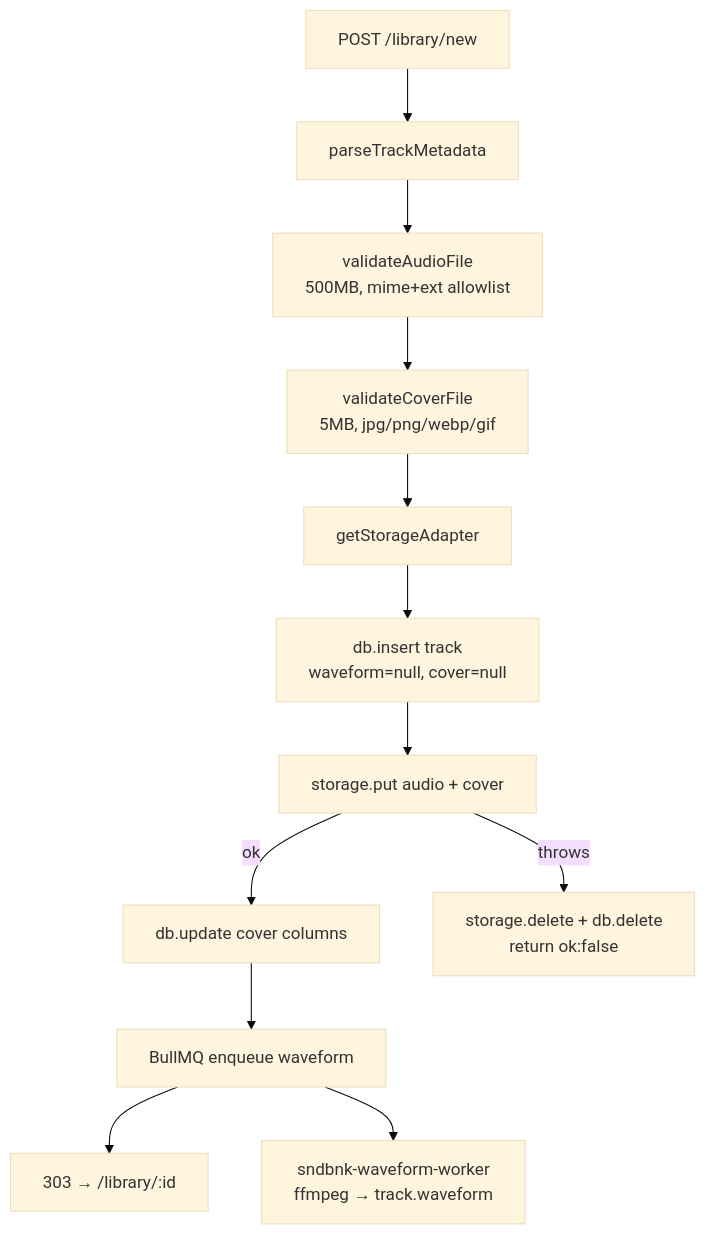
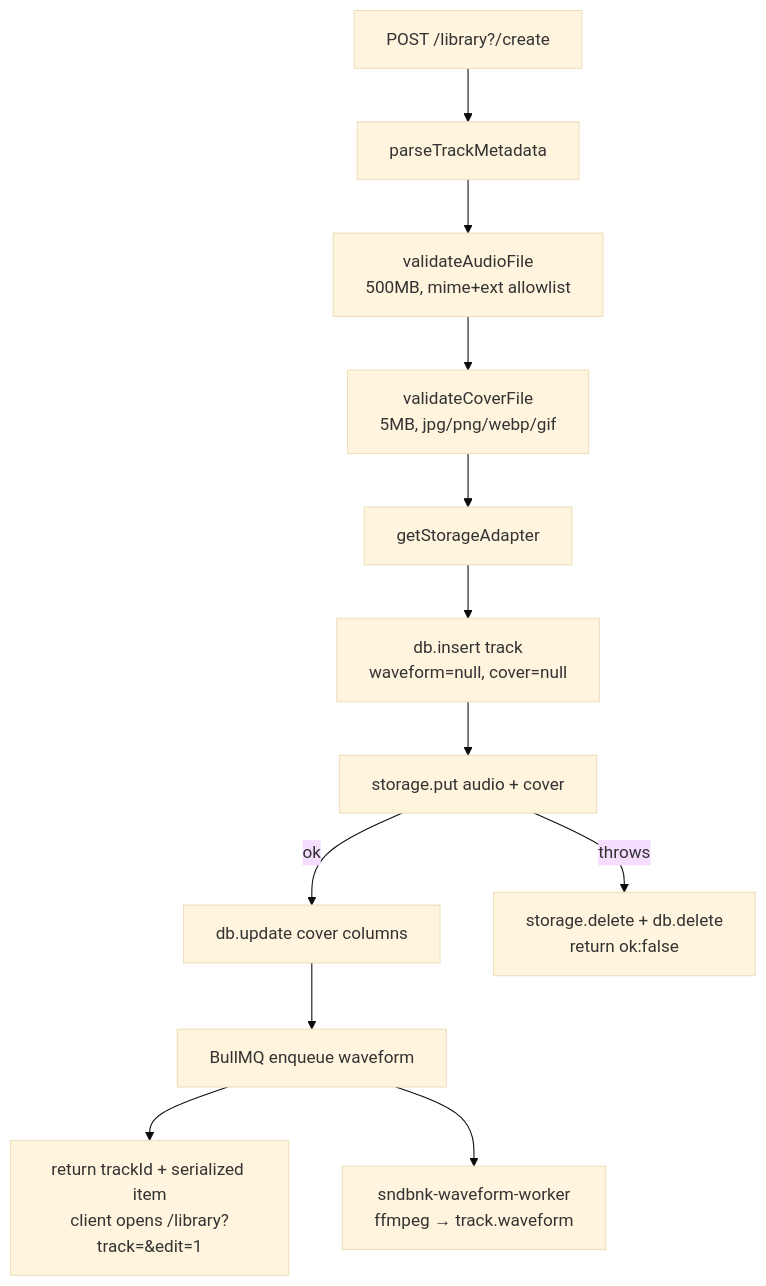
One commit to spreadsheetsusa/sndbnk changed the diagram in docs/media-and-storage.md. Above: the diagram before and after it, drawn with Mermaid (base theme). The commit also changed other lines of this file and 41 other files, not shown here.

````diff
--- a/docs/media-and-storage.md
+++ b/docs/media-and-storage.md
@@ -83,14 +83,14 @@
 ```mermaid
 flowchart TD
-  form["POST /library/new"] --> meta["parseTrackMetadata"]
+  form["POST /library?/create"] --> meta["parseTrackMetadata"]
   meta --> audio["validateAudioFile<br/>500MB, mime+ext allowlist"]
   audio --> cover["validateCoverFile<br/>5MB, jpg/png/webp/gif"]
   cover --> resolve["getStorageAdapter"]
   resolve --> insert["db.insert track<br/>waveform=null, cover=null"]
   insert --> put["storage.put audio + cover"]
   put -->|ok| coverCols["db.update cover columns"]
   coverCols --> enqueue["BullMQ enqueue waveform"]
-  enqueue --> done["303 → /library/:id"]
+  enqueue --> done["return trackId + serialized item<br/>client opens /library?track=&edit=1"]
   put -->|throws| rollback["storage.delete + db.delete<br/>return ok:false"]
   enqueue --> worker["sndbnk-waveform-worker<br/>ffmpeg → track.waveform"]
 ```
````
